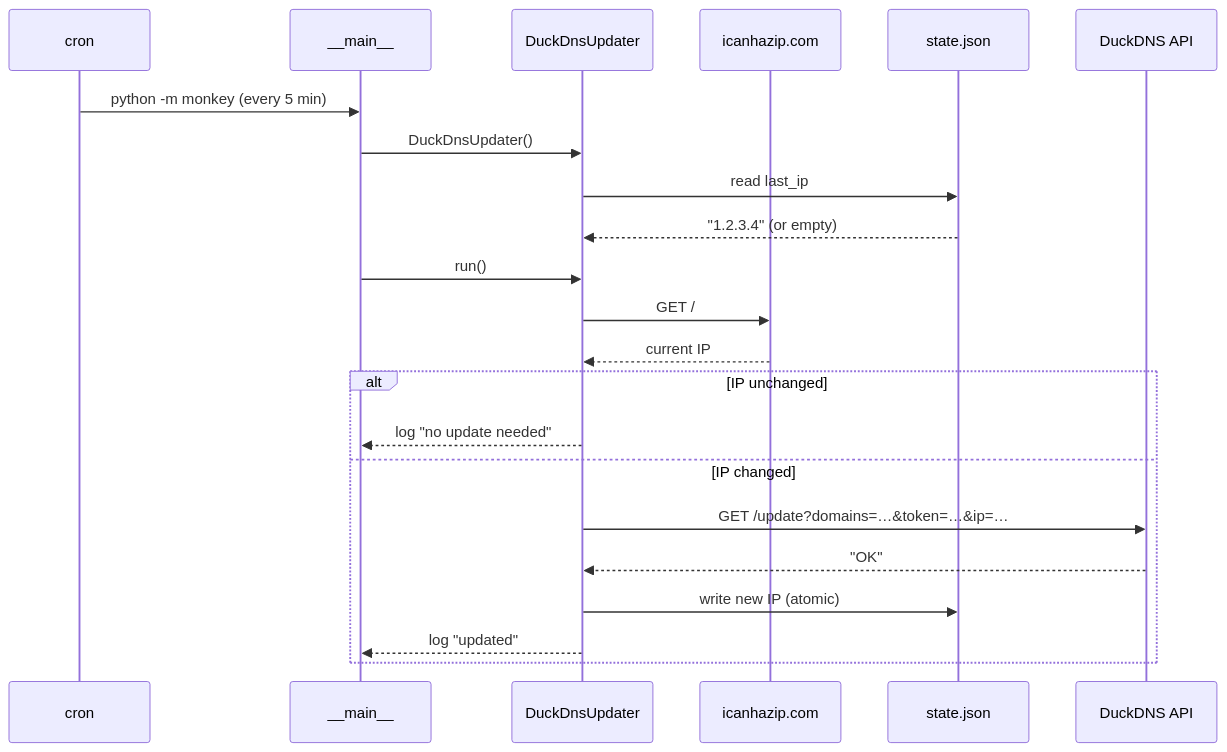
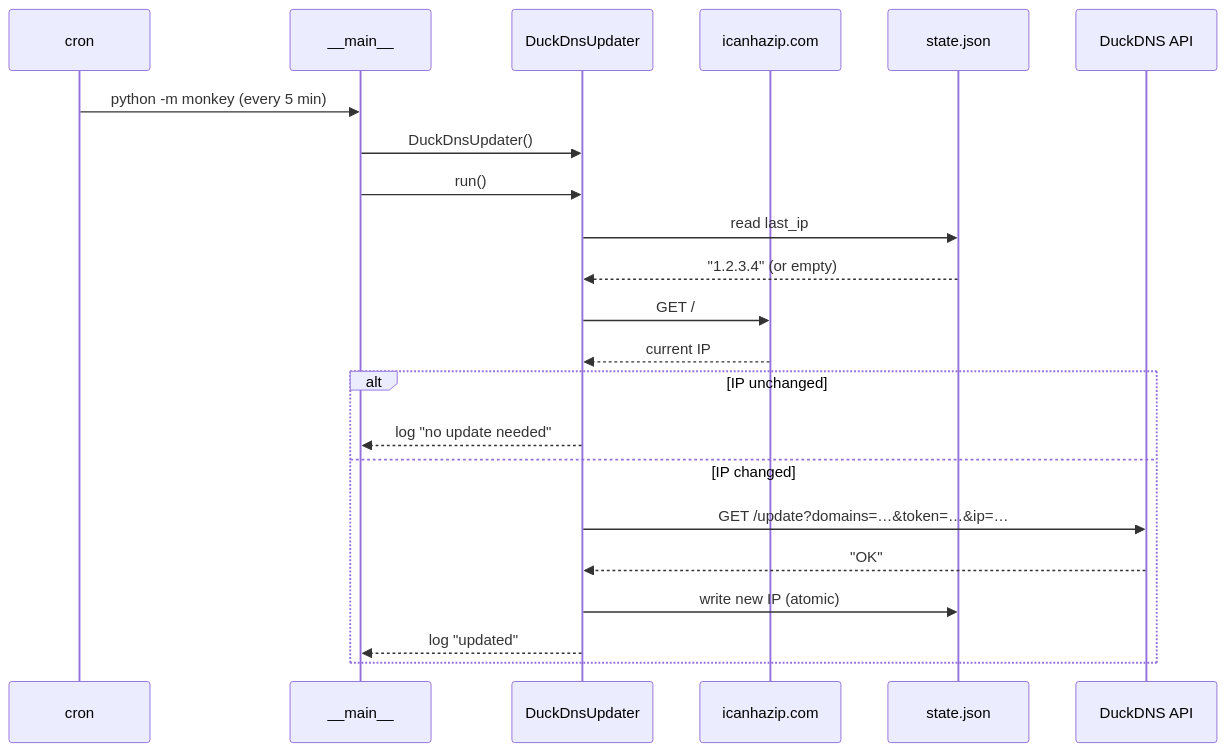
One commit to janrothen/ddns-update-monkey changed the diagram in README.md. Above: the diagram before and after it, drawn with Mermaid. The commit also changed other lines of this file, not shown here.

Commit message:
Fix Mermaid diagram: state read belongs inside run(), not __init__

````diff
--- a/README.md
+++ b/README.md
@@ -60,27 +60,27 @@
 ```mermaid
 sequenceDiagram
     participant cron
     participant __main__
     participant DuckDnsUpdater
     participant icanhazip.com
     participant state.json
     participant DuckDNS API
 
     cron->>__main__: python -m monkey (every 5 min)
     __main__->>DuckDnsUpdater: DuckDnsUpdater()
+
+    __main__->>DuckDnsUpdater: run()
     DuckDnsUpdater->>state.json: read last_ip
     state.json-->>DuckDnsUpdater: "1.2.3.4" (or empty)
-
-    __main__->>DuckDnsUpdater: run()
     DuckDnsUpdater->>icanhazip.com: GET /
     icanhazip.com-->>DuckDnsUpdater: current IP
 
     alt IP unchanged
         DuckDnsUpdater-->>__main__: log "no update needed"
     else IP changed
         DuckDnsUpdater->>DuckDNS API: GET /update?domains=…&token=…&ip=…
         DuckDNS API-->>DuckDnsUpdater: "OK"
         DuckDnsUpdater->>state.json: write new IP (atomic)
         DuckDnsUpdater-->>__main__: log "updated"
     end
 ```
````
